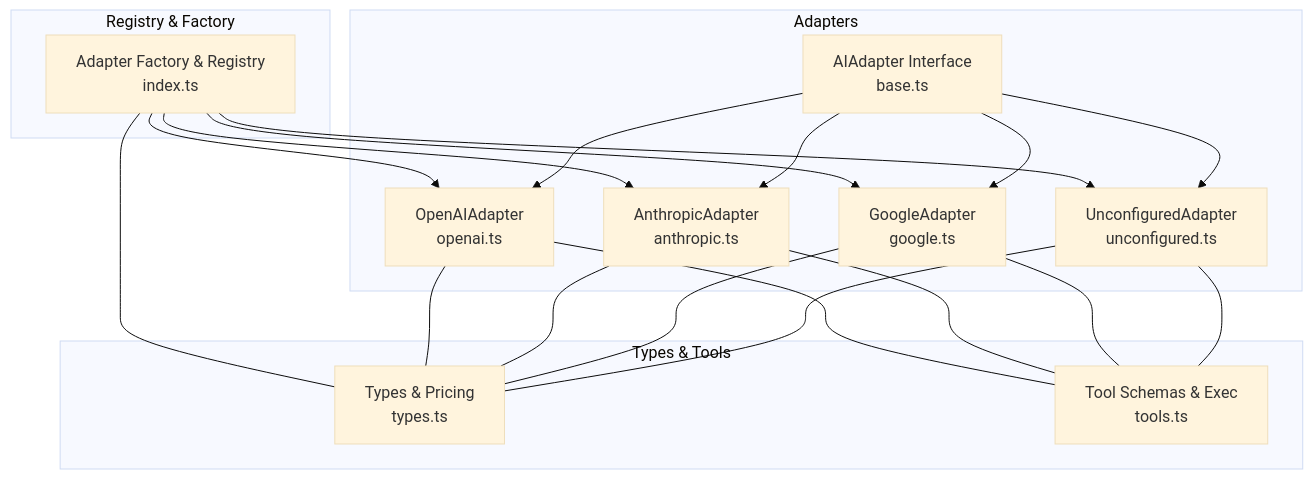
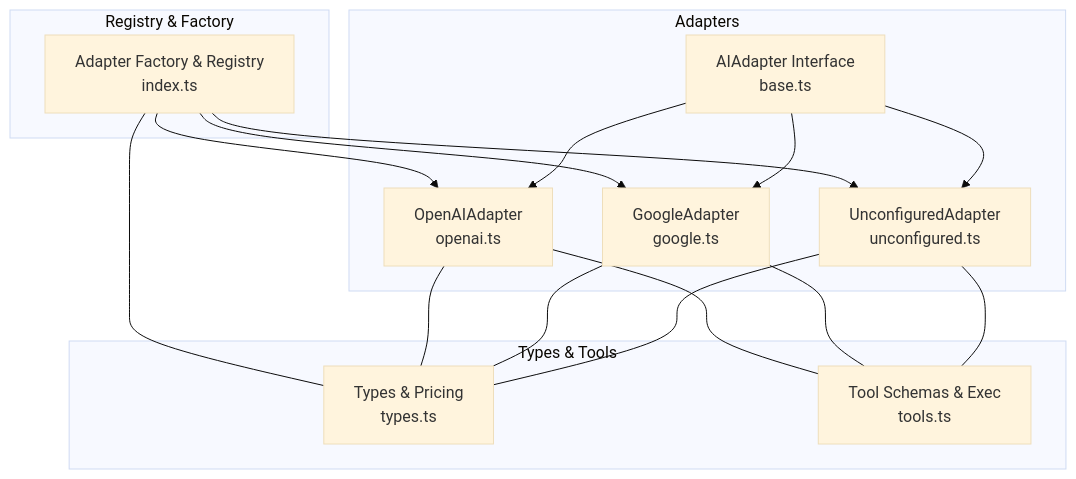
One commit to shekhargiri005-dotcom/AI-powered-accessibility-first-UI-engine changed the first of 8 diagrams in .qoder/repowiki/en/content/AI Generation Engine/AI Provider Adapters/Provider-Specific Implementations.md. Above: the diagram before and after it, drawn with Mermaid (base theme). The commit also changed other lines of this file and 24 other files, not shown here.

````diff
--- a/.qoder/repowiki/en/content/AI Generation Engine/AI Provider Adapters/Provider-Specific Implementations.md
+++ b/.qoder/repowiki/en/content/AI Generation Engine/AI Provider Adapters/Provider-Specific Implementations.md
@@ -45,34 +44,29 @@
 ```mermaid
 graph TB
 subgraph "Adapters"
 Base["AIAdapter Interface<br/>base.ts"]
 OA["OpenAIAdapter<br/>openai.ts"]
-AA["AnthropicAdapter<br/>anthropic.ts"]
 GA["GoogleAdapter<br/>google.ts"]
 UA["UnconfiguredAdapter<br/>unconfigured.ts"]
 end
 subgraph "Registry & Factory"
 IDX["Adapter Factory & Registry<br/>index.ts"]
 end
 subgraph "Types & Tools"
 TYP["Types & Pricing<br/>types.ts"]
 TOOL["Tool Schemas & Exec<br/>tools.ts"]
 end
 IDX --> OA
-IDX --> AA
 IDX --> GA
 IDX --> UA
 OA --- TOOL
-AA --- TOOL
 GA --- TOOL
 UA --- TOOL
 Base --> OA
-Base --> AA
 Base --> GA
 Base --> UA
 IDX --- TYP
 OA --- TYP
-AA --- TYP
 GA --- TYP
 UA --- TYP
 ```
````
